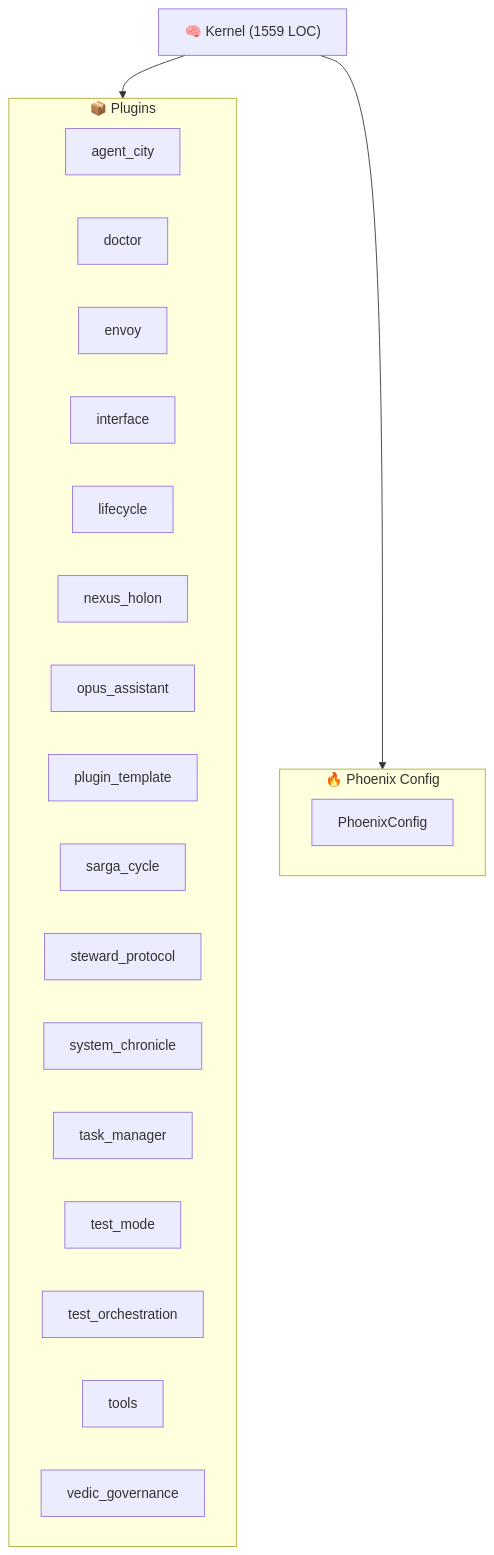
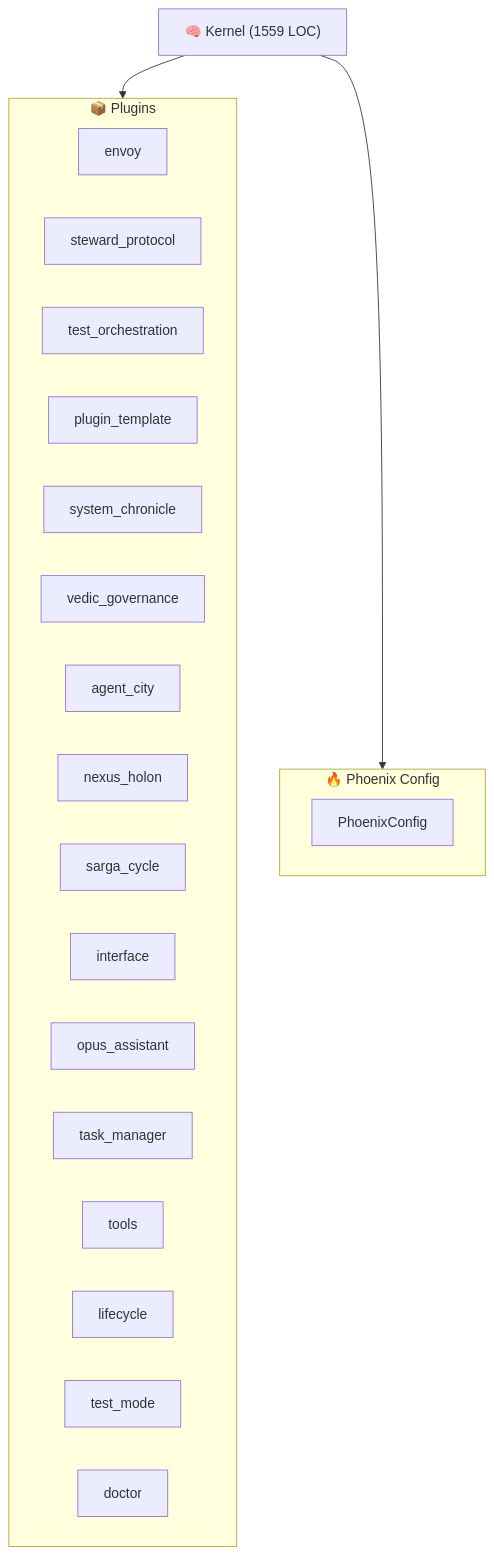
One commit to kimeisele/steward-protocol changed the diagram in ARCHITECTURE.md. Above: the diagram before and after it, drawn with Mermaid. The commit also changed other lines of this file and 13 other files, not shown here.

````diff
--- a/ARCHITECTURE.md
+++ b/ARCHITECTURE.md
@@ -8,27 +8,27 @@
 ```mermaid
 graph TB
     K["🧠 Kernel (1559 LOC)"]
     subgraph Plugins["📦 Plugins"]
+        P_envoy["envoy"]
+        P_steward_protocol["steward_protocol"]
+        P_test_orchestration["test_orchestration"]
+        P_plugin_template["plugin_template"]
+        P_system_chronicle["system_chronicle"]
+        P_vedic_governance["vedic_governance"]
         P_agent_city["agent_city"]
+        P_nexus_holon["nexus_holon"]
+        P_sarga_cycle["sarga_cycle"]
+        P_interface["interface"]
+        P_opus_assistant["opus_assistant"]
+        P_task_manager["task_manager"]
+        P_tools["tools"]
+        P_lifecycle["lifecycle"]
+        P_test_mode["test_mode"]
         P_doctor["doctor"]
-        P_envoy["envoy"]
-        P_interface["interface"]
-        P_lifecycle["lifecycle"]
-        P_nexus_holon["nexus_holon"]
-        P_opus_assistant["opus_assistant"]
-        P_plugin_template["plugin_template"]
-        P_sarga_cycle["sarga_cycle"]
-        P_steward_protocol["steward_protocol"]
-        P_system_chronicle["system_chronicle"]
-        P_task_manager["task_manager"]
-        P_test_mode["test_mode"]
-        P_test_orchestration["test_orchestration"]
-        P_tools["tools"]
-        P_vedic_governance["vedic_governance"]
     end
     K --> Plugins
     subgraph Config["🔥 Phoenix Config"]
         PC[PhoenixConfig]
     end
     K --> Config
 ```
````
